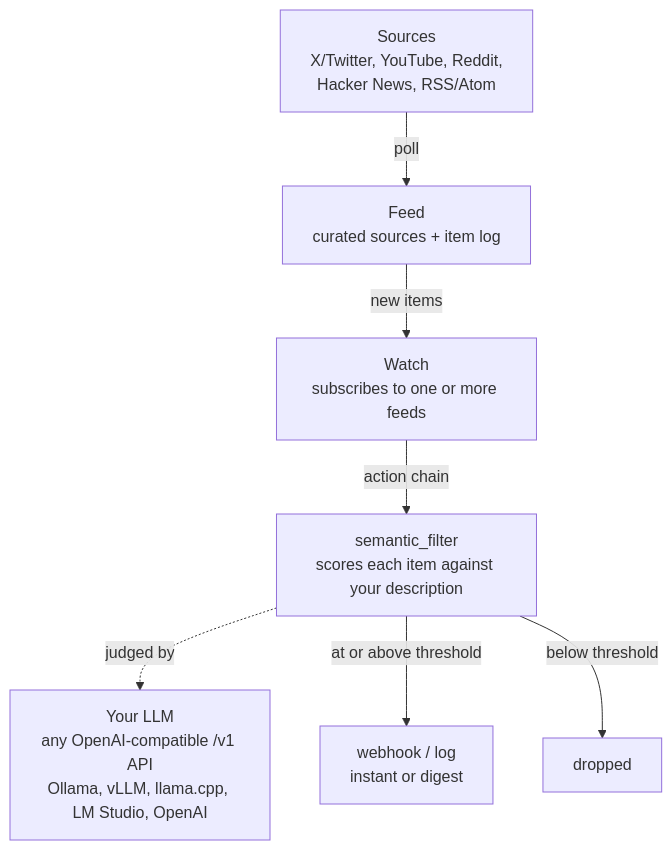
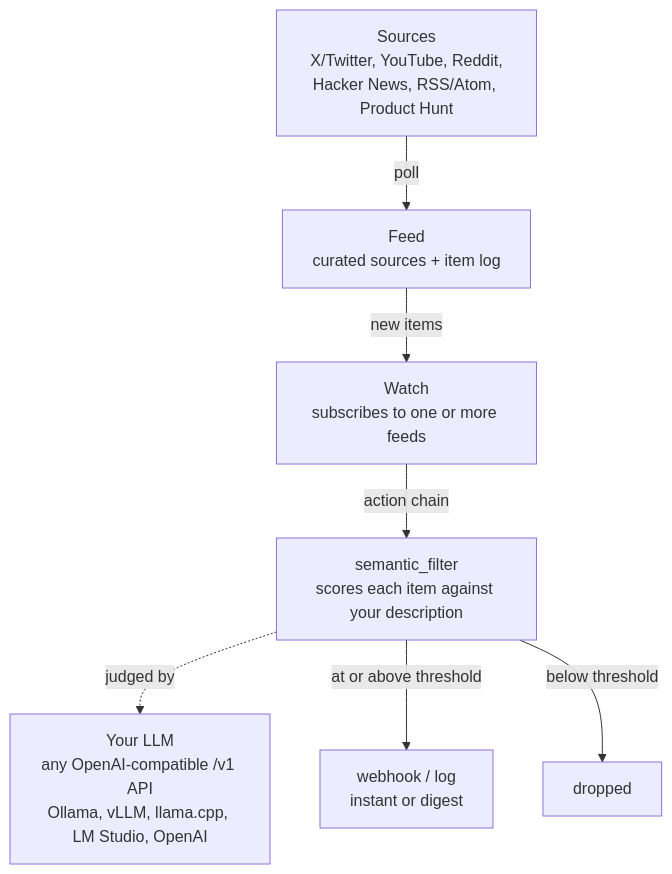
Before and after one commit to obris-dev/openmagpie: the diagram in README.md, drawn with Mermaid. The commit also changed other lines of this file and 35 other files, not shown here.

````diff
--- a/README.md
+++ b/README.md
@@ -143,17 +144,17 @@
 ```mermaid
 flowchart TD
-    SOURCES["Sources<br/>X/Twitter, YouTube, Reddit,<br/>Hacker News, RSS/Atom"]
+    SOURCES["Sources<br/>X/Twitter, YouTube, Reddit,<br/>Hacker News, RSS/Atom, Product Hunt"]
     FEED["Feed<br/>curated sources + item log"]
     WATCH["Watch<br/>subscribes to one or more feeds"]
     FILTER["semantic_filter<br/>scores each item against your description"]
     LLM["Your LLM<br/>any OpenAI-compatible /v1 API<br/>Ollama, vLLM, llama.cpp, LM Studio, OpenAI"]
     DELIVER["webhook / log<br/>instant or digest"]
     DROPPED["dropped"]
 
     SOURCES -- "poll" --> FEED
     FEED -- "new items" --> WATCH
     WATCH -- "action chain" --> FILTER
     FILTER -. "judged by" .-> LLM
     FILTER -- "at or above threshold" --> DELIVER
     FILTER -- "below threshold" --> DROPPED
 ```
````
